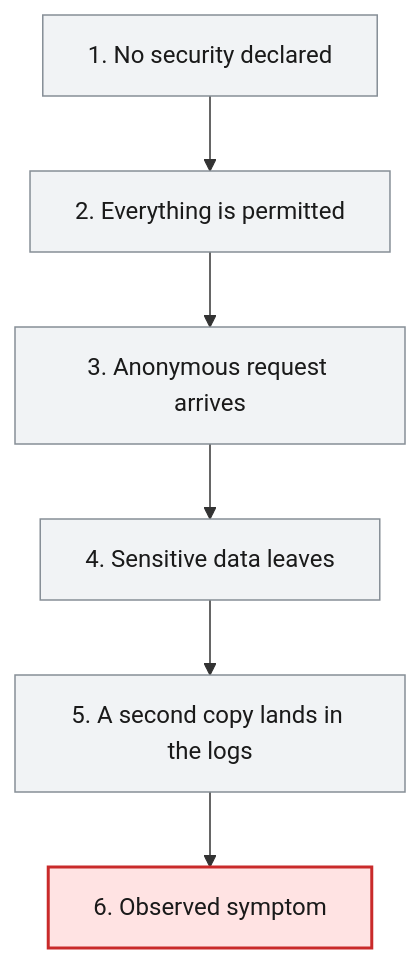
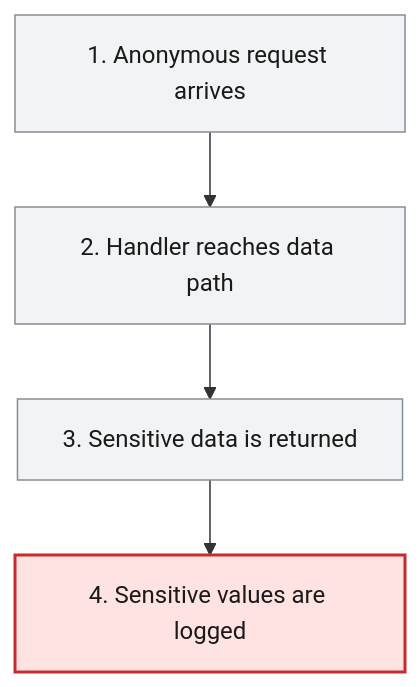
One commit to Udaradg/sample-java-project changed the second of 3 diagrams in docs/agent_output/02-root-cause/root_cause_ISSUE-002.md. Above: the diagram before and after it, drawn with Mermaid. The commit also changed other lines of this file and 52 other files, not shown here.

````diff
--- a/docs/agent_output/02-root-cause/root_cause_ISSUE-002.md
+++ b/docs/agent_output/02-root-cause/root_cause_ISSUE-002.md
@@ -89,18 +76,14 @@
 ```mermaid
 flowchart TD
   classDef broken fill:#ffe3e3,stroke:#c92a2a,stroke-width:2px,color:#1a1a1a
   classDef warn fill:#fff3bf,stroke:#e8590c,stroke-width:2px,color:#1a1a1a
   classDef ok fill:#e6fcf5,stroke:#2f9e44,stroke-width:1px,color:#1a1a1a
   classDef neutral fill:#f1f3f5,stroke:#868e96,stroke-width:1px,color:#1a1a1a
-  S0["1. No security declared"]:::neutral
-  S1["2. Everything is permitted"]:::neutral
+  S0["1. Anonymous request arrives"]:::neutral
+  S1["2. Handler reaches data path"]:::neutral
   S0 --> S1
-  S2["3. Anonymous request arrives"]:::neutral
+  S2["3. Sensitive data is returned"]:::neutral
   S1 --> S2
-  S3["4. Sensitive data leaves"]:::neutral
+  S3["4. Sensitive values are logged"]:::broken
   S2 --> S3
-  S4["5. A second copy lands in the logs"]:::neutral
-  S3 --> S4
-  S5["6. Observed symptom"]:::broken
-  S4 --> S5
 ```
````
